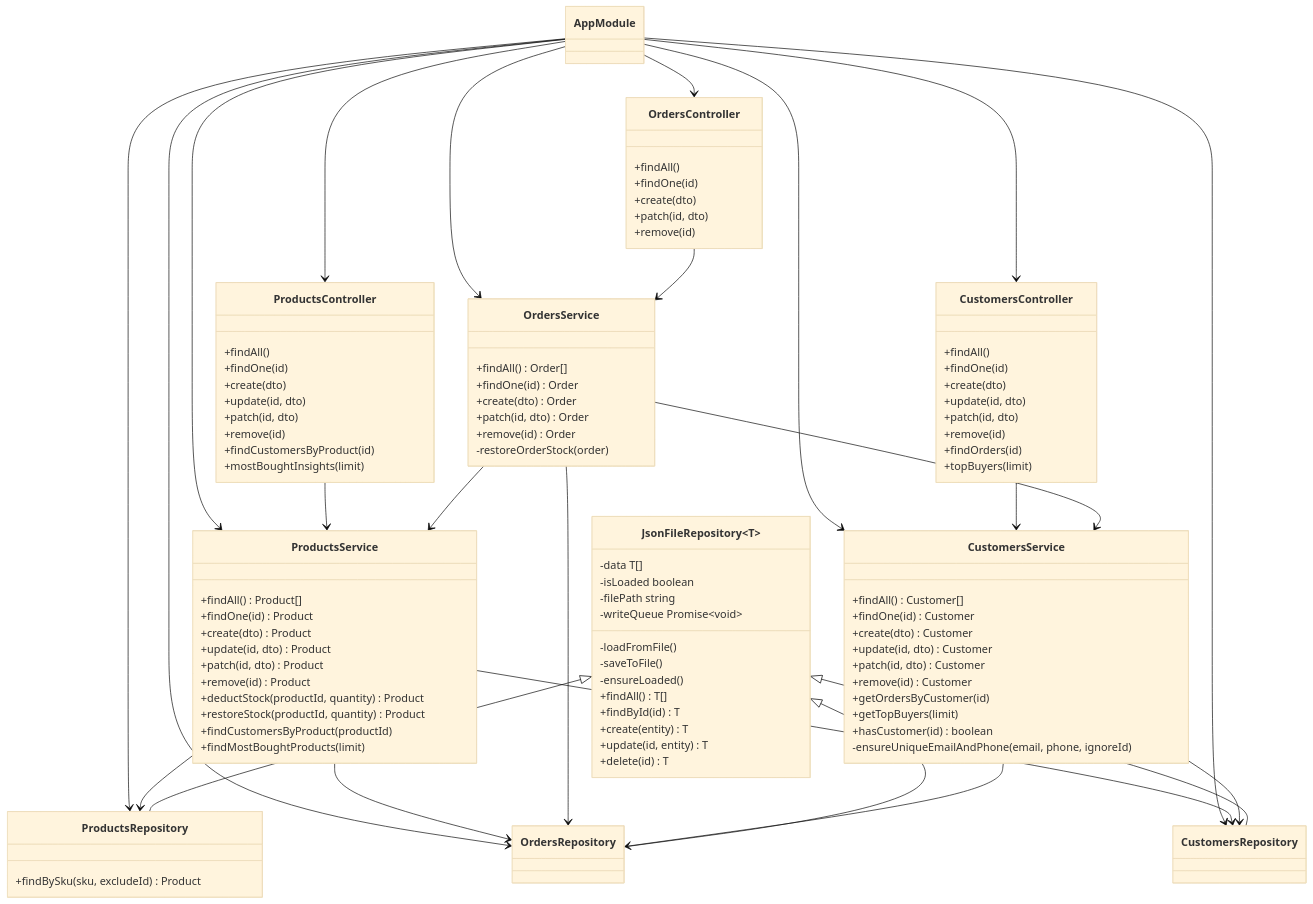
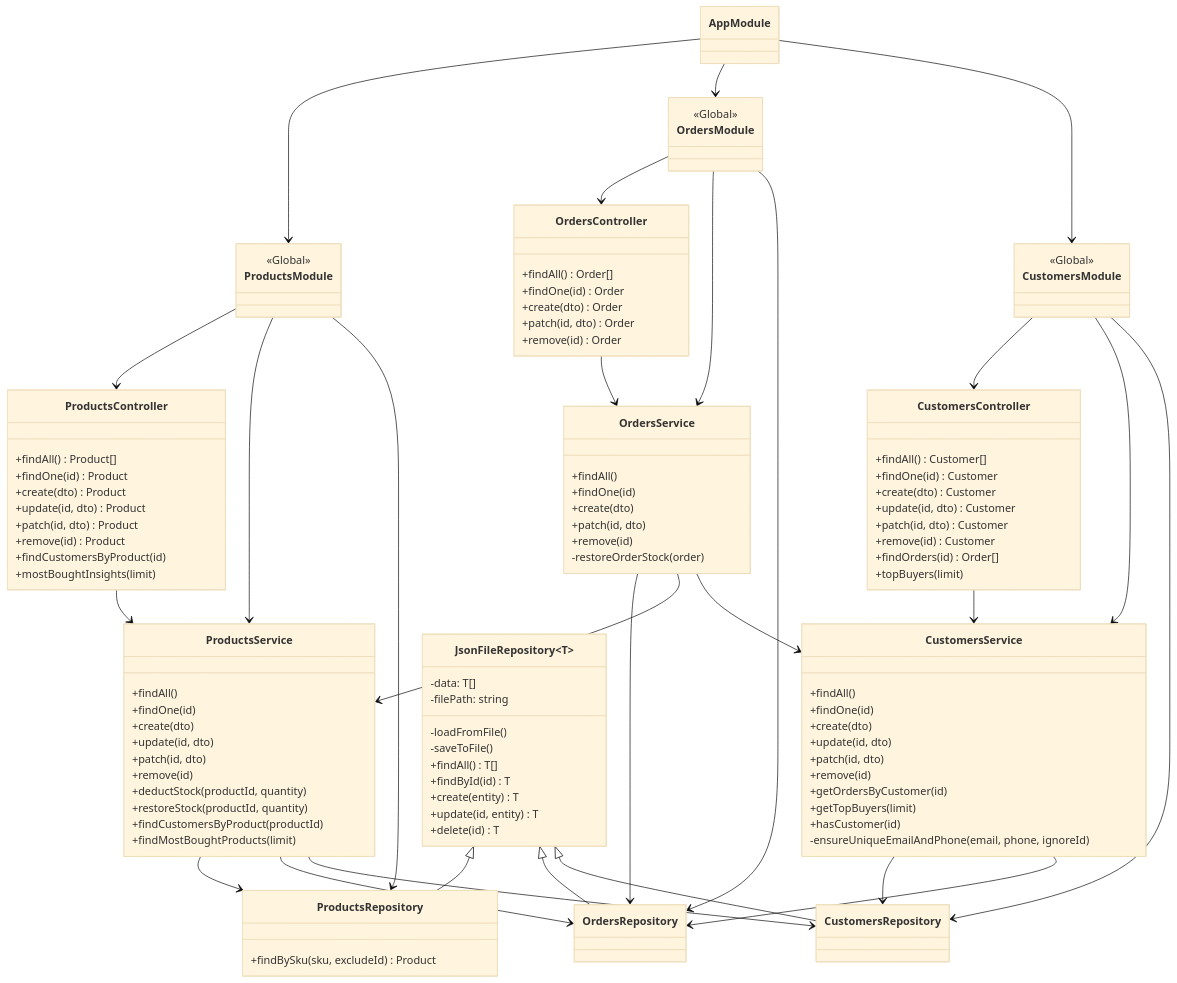
Before and after one commit to IkrtI/oop-typescript-final-project-2026: the second of 7 diagrams in docs/uml-diagrams.md, drawn with Mermaid (base theme). The commit also changed other lines of this file and 35 other files, not shown here.

```diff
--- a/docs/uml-diagrams.md
+++ b/docs/uml-diagrams.md
@@ -115,79 +84,86 @@
 classDiagram
     class AppModule
 
+    class ProductsModule {
+        <<Global>>
+    }
+    class OrdersModule {
+        <<Global>>
+    }
+    class CustomersModule {
+        <<Global>>
+    }
+
     class ProductsController {
+        +findAll() Product[]
+        +findOne(id) Product
+        +create(dto) Product
+        +update(id, dto) Product
+        +patch(id, dto) Product
+        +remove(id) Product
+        +findCustomersByProduct(id)
+        +mostBoughtInsights(limit)
+    }
+
+    class OrdersController {
+        +findAll() Order[]
+        +findOne(id) Order
+        +create(dto) Order
+        +patch(id, dto) Order
+        +remove(id) Order
+    }
+
+    class CustomersController {
+        +findAll() Customer[]
+        +findOne(id) Customer
+        +create(dto) Customer
+        +update(id, dto) Customer
+        +patch(id, dto) Customer
+        +remove(id) Customer
+        +findOrders(id) Order[]
+        +topBuyers(limit)
+    }
+
+    class ProductsService {
         +findAll()
         +findOne(id)
         +create(dto)
         +update(id, dto)
         +patch(id, dto)
         +remove(id)
-        +findCustomersByProduct(id)
-        +mostBoughtInsights(limit)
+        +deductStock(productId, quantity)
+        +restoreStock(productId, quantity)
+        +findCustomersByProduct(productId)
+        +findMostBoughtProducts(limit)
     }
 
-    class OrdersController {
+    class OrdersService {
         +findAll()
         +findOne(id)
         +create(dto)
         +patch(id, dto)
         +remove(id)
+        -restoreOrderStock(order)
     }
 
-    class CustomersController {
+    class CustomersService {
         +findAll()
         +findOne(id)
         +create(dto)
         +update(id, dto)
         +patch(id, dto)
         +remove(id)
-        +findOrders(id)
-        +topBuyers(limit)
-    }
-
-    class ProductsService {
-        +findAll() Product[]
-        +findOne(id) Product
-        +create(dto) Product
-        +update(id, dto) Product
-        +patch(id, dto) Product
-        +remove(id) Product
-        +deductStock(productId, quantity) Product
-        +restoreStock(productId, quantity) Product
-        +findCustomersByProduct(productId)
-        +findMostBoughtProducts(limit)
-    }
-
-    class OrdersService {
-        +findAll() Order[]
-        +findOne(id) Order
-        +create(dto) Order
-        +patch(id, dto) Order
-        +remove(id) Order
-        -restoreOrderStock(order)
-    }
-
-    class CustomersService {
-        +findAll() Customer[]
-        +findOne(id) Customer
-        +create(dto) Customer
-        +update(id, dto) Customer
-        +patch(id, dto) Customer
-        +remove(id) Customer
         +getOrdersByCustomer(id)
         +getTopBuyers(limit)
-        +hasCustomer(id) boolean
+        +hasCustomer(id)
         -ensureUniqueEmailAndPhone(email, phone, ignoreId)
     }
 
     class JsonFileRepository~T~ {
-        -data T[]
-        -isLoaded boolean
-        -filePath string
-        -writeQueue Promise~void~
+        -data: T[]
+        -filePath: string
         -loadFromFile()
         -saveToFile()
-        -ensureLoaded()
         +findAll() T[]
         +findById(id) T
         +create(entity) T
@@ -198,19 +174,24 @@
     class ProductsRepository {
         +findBySku(sku, excludeId) Product
     }
-
     class OrdersRepository
     class CustomersRepository
 
-    AppModule --> ProductsController
-    AppModule --> OrdersController
-    AppModule --> CustomersController
-    AppModule --> ProductsService
-    AppModule --> OrdersService
-    AppModule --> CustomersService
-    AppModule --> ProductsRepository
-    AppModule --> OrdersRepository
-    AppModule --> CustomersRepository
+    AppModule --> ProductsModule
+    AppModule --> OrdersModule
+    AppModule --> CustomersModule
+
+    ProductsModule --> ProductsController
+    ProductsModule --> ProductsService
+    ProductsModule --> ProductsRepository
+
+    OrdersModule --> OrdersController
+    OrdersModule --> OrdersService
+    OrdersModule --> OrdersRepository
+
+    CustomersModule --> CustomersController
+    CustomersModule --> CustomersService
+    CustomersModule --> CustomersRepository
 
     ProductsController --> ProductsService
     OrdersController --> OrdersService
```
